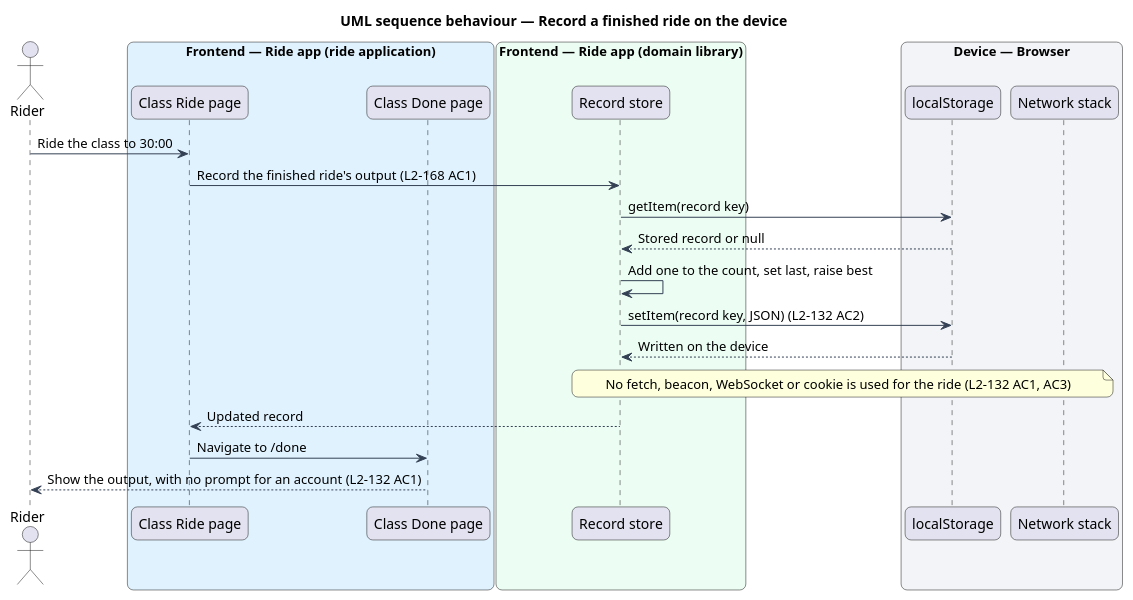
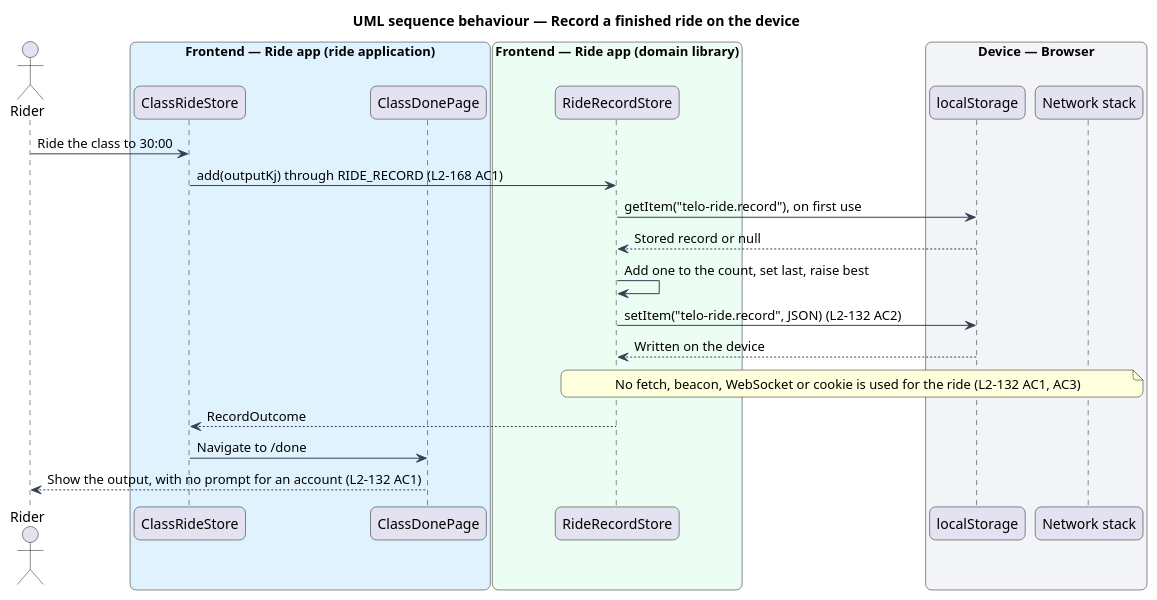
One commit to QuinntyneBrown/ride-one changed the diagram in docs/detailed-designs/security/keep-data-on-the-device/diagrams/sequence-record-a-finished-ride-on-the-device.puml. Above: the diagram before and after it, drawn with PlantUML. The commit also changed 33 other files, not shown here.

First line of the commit message:
Design security and platform for Telo Ride 1

```diff
--- a/docs/detailed-designs/security/keep-data-on-the-device/diagrams/sequence-record-a-finished-ride-on-the-device.puml
+++ b/docs/detailed-designs/security/keep-data-on-the-device/diagrams/sequence-record-a-finished-ride-on-the-device.puml
@@ -1,40 +1,40 @@
 @startuml
 title UML sequence behaviour — Record a finished ride on the device
 skinparam backgroundColor #FFFFFF
 skinparam shadowing false
 skinparam roundcorner 12
 skinparam defaultFontName Arial
 skinparam ArrowColor #344054
 skinparam rectangle {
   BorderColor #344054
   FontColor #101828
 }
 skinparam package {
   BorderColor #667085
   FontColor #101828
   BackgroundColor #F9FAFB
 }
 actor "Rider" as rider
 box "Frontend — Ride app (ride application)" #E0F2FE
-  participant "Class Ride page" as ride
-  participant "Class Done page" as done
+  participant "ClassRideStore" as ride
+  participant "ClassDonePage" as done
 end box
 box "Frontend — Ride app (domain library)" #ECFDF3
-  participant "Record store" as store
+  participant "RideRecordStore" as store
 end box
 box "Device — Browser" #F2F4F7
   participant "localStorage" as ls
   participant "Network stack" as net
 end box
 rider -> ride : Ride the class to 30:00
-ride -> store : Record the finished ride's output (L2-168 AC1)
-store -> ls : getItem(record key)
+ride -> store : add(outputKj) through RIDE_RECORD (L2-168 AC1)
+store -> ls : getItem("telo-ride.record"), on first use
 ls --> store : Stored record or null
 store -> store : Add one to the count, set last, raise best
-store -> ls : setItem(record key, JSON) (L2-132 AC2)
+store -> ls : setItem("telo-ride.record", JSON) (L2-132 AC2)
 ls --> store : Written on the device
 note over store, net : No fetch, beacon, WebSocket or cookie is used for the ride (L2-132 AC1, AC3)
-store --> ride : Updated record
+store --> ride : RecordOutcome
 ride -> done : Navigate to /done
 done --> rider : Show the output, with no prompt for an account (L2-132 AC1)
 @enduml
```
